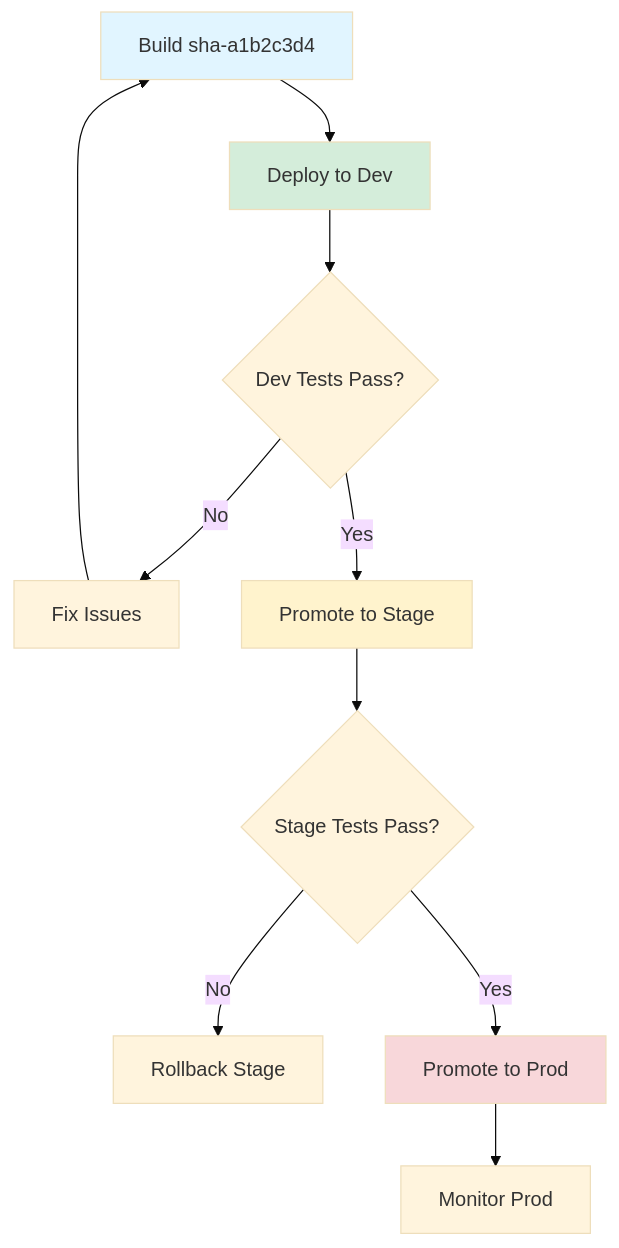
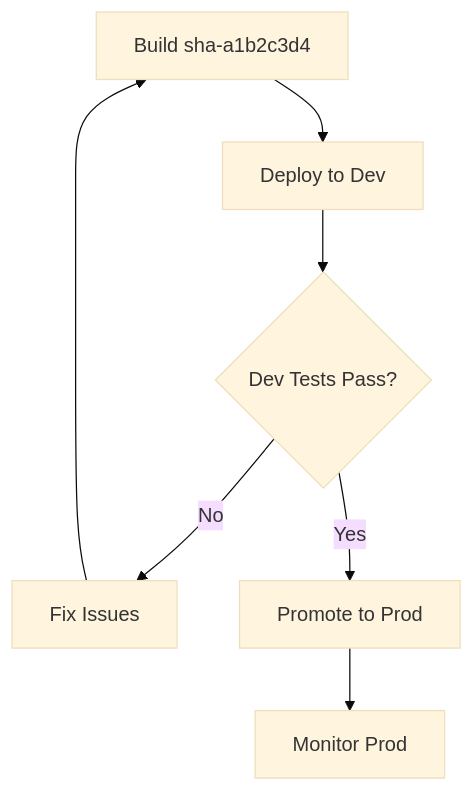
The fourth of 4 diagrams in docs/CI_CD.md (data-literate/DEX), drawn with Mermaid (base theme) before and after one commit. The commit also changed other lines of this file and 23 other files, not shown here.

First line of the commit message:
release: promote dev to production (2-env deployment)

````diff
--- a/docs/CI_CD.md
+++ b/docs/CI_CD.md
@@ -426,17 +426,9 @@
 ```mermaid
 graph TD
     Build[Build sha-a1b2c3d4] --> Dev[Deploy to Dev]
     Dev --> DevTest{Dev Tests Pass?}
     DevTest -->|No| DevFix[Fix Issues]
     DevFix --> Build
-    DevTest -->|Yes| Stage[Promote to Stage]
-    Stage --> StageTest{Stage Tests Pass?}
-    StageTest -->|No| Rollback[Rollback Stage]
-    StageTest -->|Yes| Prod[Promote to Prod]
+    DevTest -->|Yes| Prod[Promote to Prod]
     Prod --> Monitor[Monitor Prod]
-
-    style Build fill:#e1f5ff
-    style Dev fill:#d4edda
-    style Stage fill:#fff3cd
-    style Prod fill:#f8d7da
 ```
````
